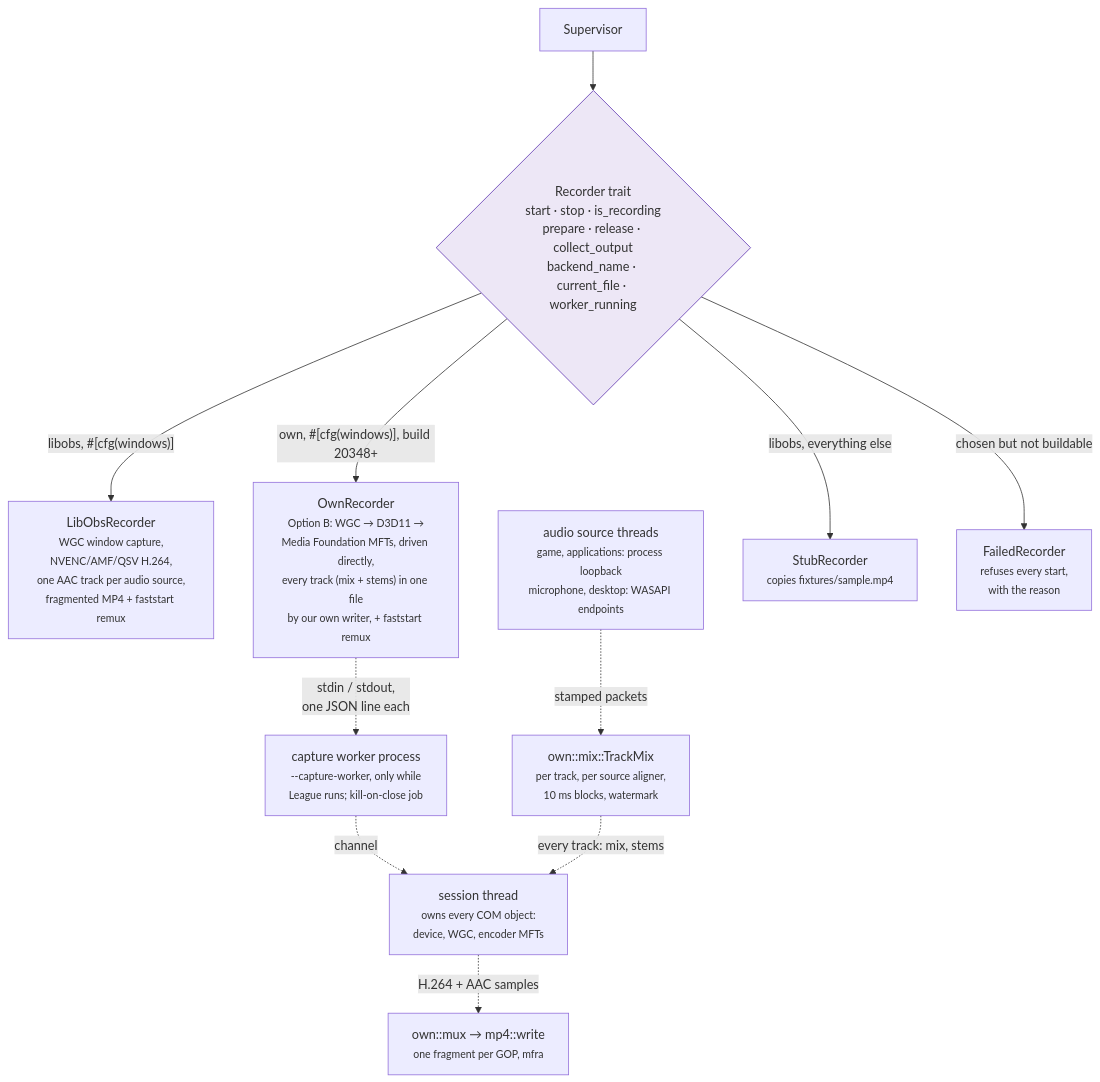
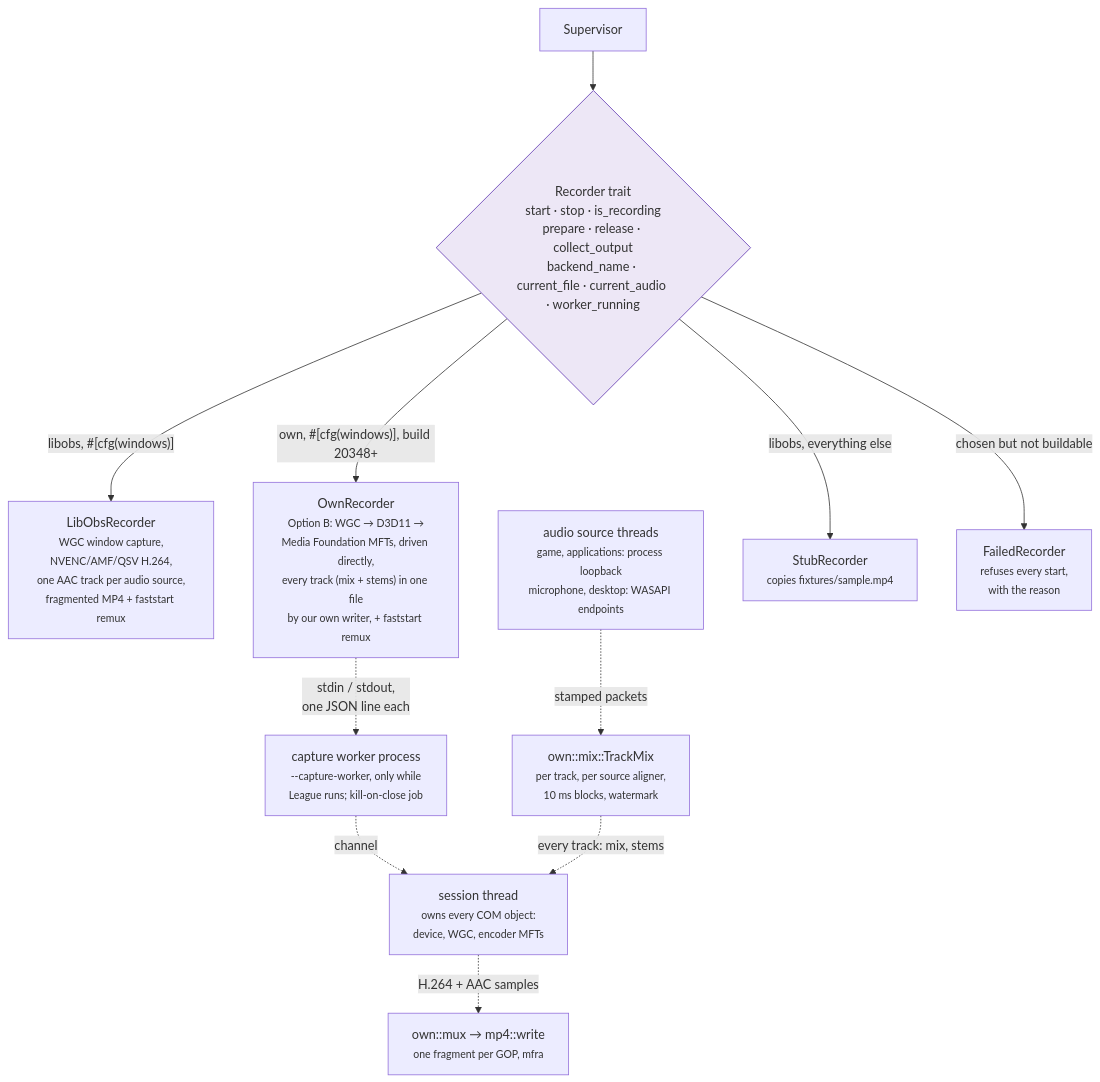
One commit to NinjaGoldfinch/ninja-recorder changed the third of 10 diagrams in docs/architecture.md. Above: the diagram before and after it, drawn with Mermaid. The commit also changed other lines of this file and 13 other files, not shown here.

First line of the commit message:
fix(recorder): store the audio layout when the recording row is opened

````diff
--- a/docs/architecture.md
+++ b/docs/architecture.md
@@ -165,14 +165,14 @@
 ```mermaid
 flowchart TB
-    SUP["Supervisor"] --> T{"Recorder trait<br/>start · stop · is_recording<br/>prepare · release · collect_output<br/>backend_name · current_file · worker_running"}
+    SUP["Supervisor"] --> T{"Recorder trait<br/>start · stop · is_recording<br/>prepare · release · collect_output<br/>backend_name · current_file · current_audio · worker_running"}
     T -->|"libobs, #[cfg(windows)]"| L["LibObsRecorder<br/><small>WGC window capture,<br/>NVENC/AMF/QSV H.264,<br/>one AAC track per audio source,<br/>fragmented MP4 + faststart remux</small>"]
     T -->|"own, #[cfg(windows)], build 20348+"| O["OwnRecorder<br/><small>Option B: WGC → D3D11 →<br/>Media Foundation MFTs, driven directly,<br/>every track (mix + stems) in one file<br/>by our own writer, + faststart remux</small>"]
     O -.->|"stdin / stdout,<br/>one JSON line each"| WK["capture worker process<br/><small>--capture-worker, only while<br/>League runs; kill-on-close job</small>"]
     WK -.->|"channel"| SES["session thread<br/><small>owns every COM object:<br/>device, WGC, encoder MFTs</small>"]
     AUD["audio source threads<br/><small>game, applications: process loopback<br/>microphone, desktop: WASAPI endpoints</small>"] -.->|"stamped packets"| MIX["own::mix::TrackMix<br/><small>per track, per source aligner,<br/>10 ms blocks, watermark</small>"]
     MIX -.->|"every track: mix, stems"| SES
     SES -.->|"H.264 + AAC samples"| MUX["own::mux → mp4::write<br/><small>one fragment per GOP, mfra</small>"]
     T -->|"libobs, everything else"| S["StubRecorder<br/><small>copies fixtures/sample.mp4</small>"]
     T -->|"chosen but not buildable"| F["FailedRecorder<br/><small>refuses every start,<br/>with the reason</small>"]
     style T fill:#ede7f6,stroke:#5e35b1
 ```
````
